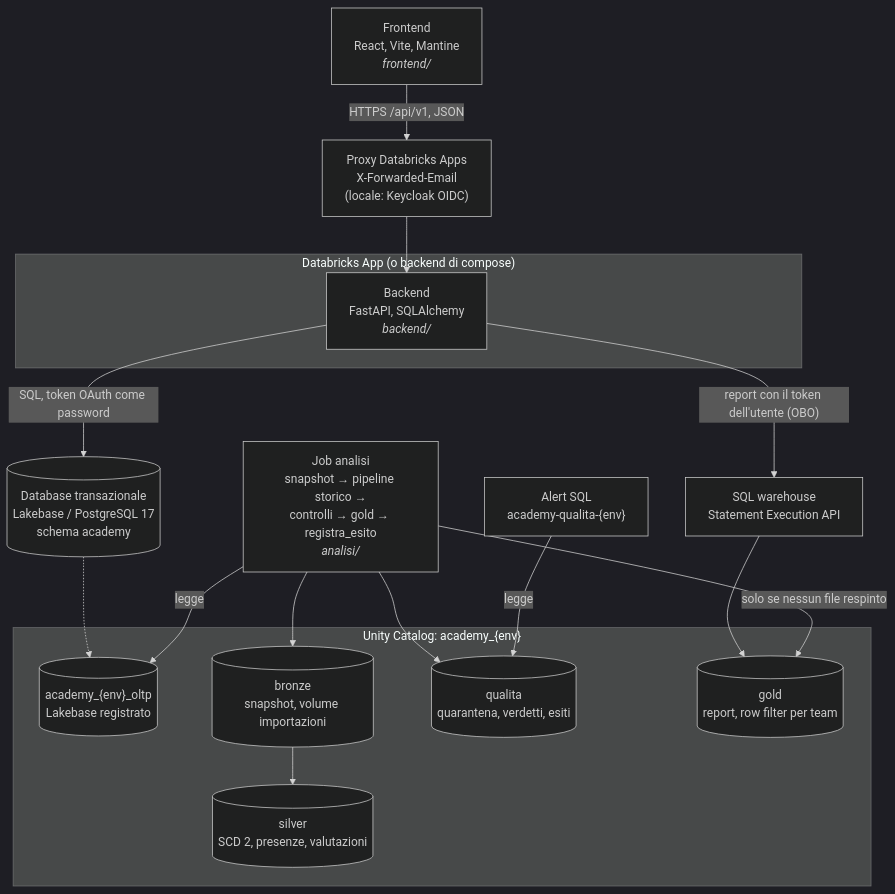
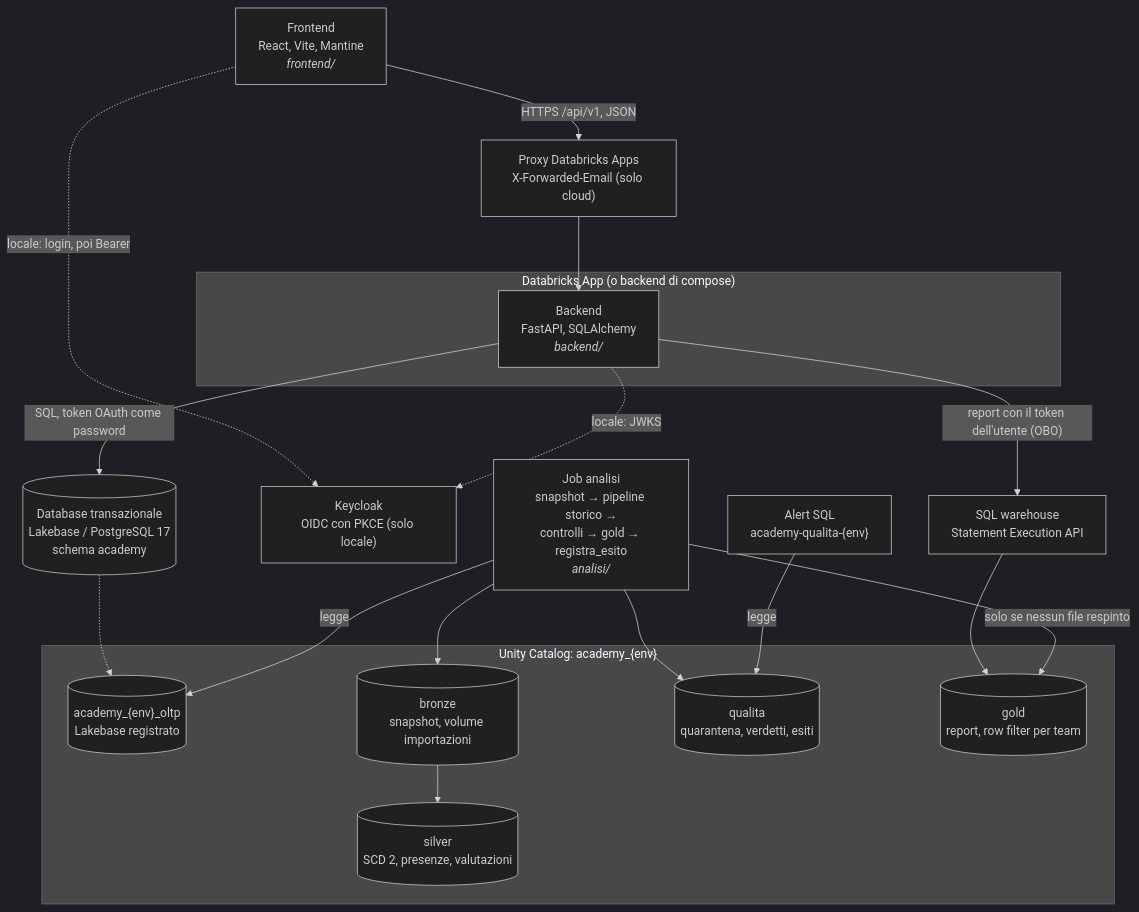
Before and after one commit to fabiocampus/academy-hub: the second of 4 diagrams in docs/architettura.md, drawn with Mermaid (dark theme). The commit also changed other lines of this file and 5 other files, not shown here.

````diff
--- a/docs/architettura.md
+++ b/docs/architettura.md
@@ -32,29 +32,32 @@
 ```mermaid
 flowchart TB
     browser["Frontend<br/>React, Vite, Mantine<br/><i>frontend/</i>"]
     subgraph app["Databricks App (o backend di compose)"]
         api["Backend<br/>FastAPI, SQLAlchemy<br/><i>backend/</i>"]
     end
     db[("Database transazionale<br/>Lakebase / PostgreSQL 17<br/>schema academy")]
-    idp["Proxy Databricks Apps<br/>X-Forwarded-Email<br/>(locale: Keycloak OIDC)"]
+    idp["Proxy Databricks Apps<br/>X-Forwarded-Email (solo cloud)"]
+    kc["Keycloak<br/>OIDC con PKCE (solo locale)"]
     subgraph uc["Unity Catalog: academy_{env}"]
         oltp[("academy_{env}_oltp<br/>Lakebase registrato")]
         bronze[("bronze<br/>snapshot, volume importazioni")]
         silver[("silver<br/>SCD 2, presenze, valutazioni")]
         qual[("qualita<br/>quarantena, verdetti, esiti")]
         gold[("gold<br/>report, row filter per team")]
     end
     job["Job analisi<br/>snapshot → pipeline storico →<br/>controlli → gold → registra_esito<br/><i>analisi/</i>"]
     wh["SQL warehouse<br/>Statement Execution API"]
     alert["Alert SQL<br/>academy-qualita-{env}"]
 
     browser -- "HTTPS /api/v1, JSON" --> idp --> api
+    browser -. "locale: login, poi Bearer" .-> kc
+    api -. "locale: JWKS" .-> kc
     api -- "SQL, token OAuth come password" --> db
     api -- "report con il token dell'utente (OBO)" --> wh --> gold
     db -.-> oltp
     job -- legge --> oltp
     job --> bronze --> silver
     job --> qual
     job -- "solo se nessun file respinto" --> gold
     alert -- legge --> qual
 ```
````
